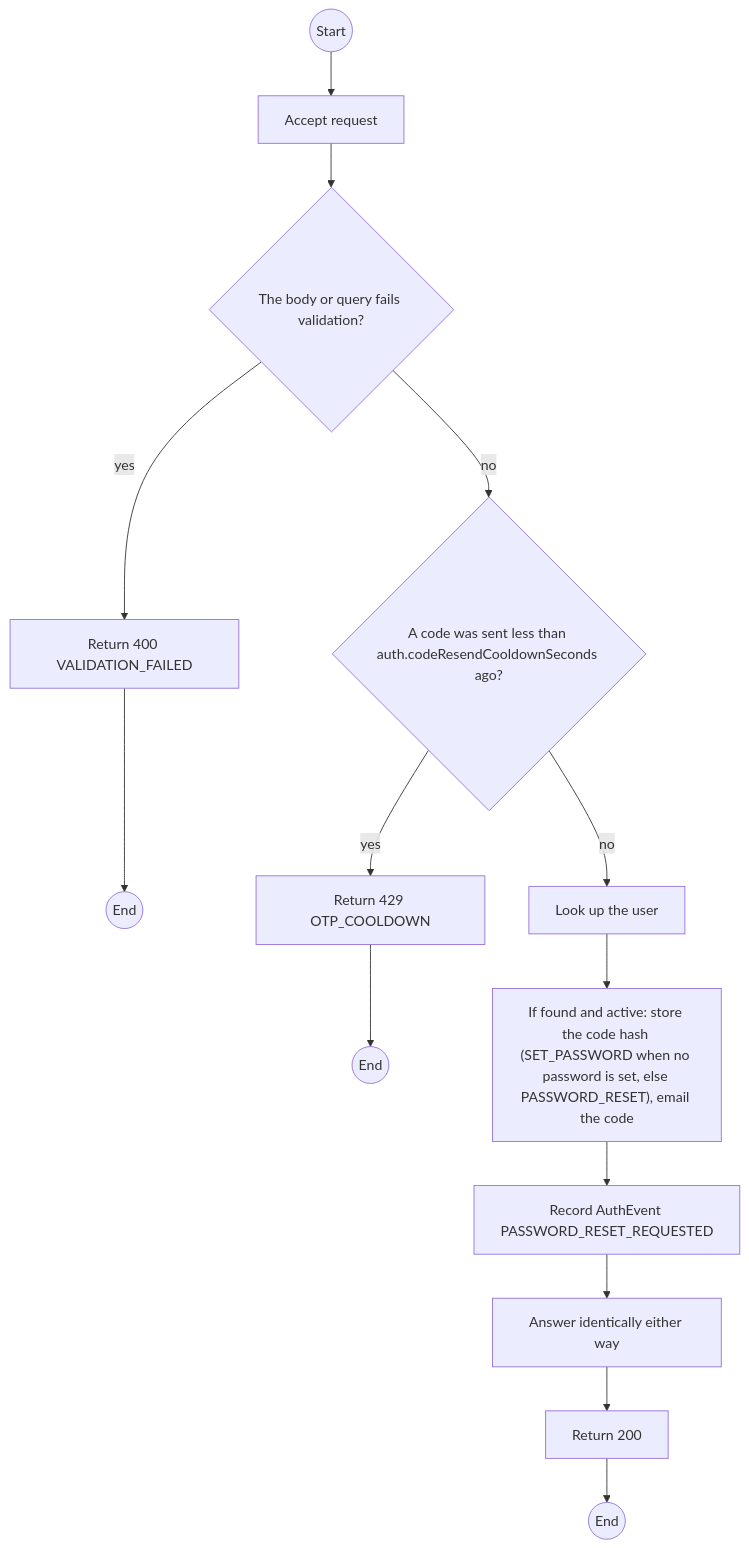
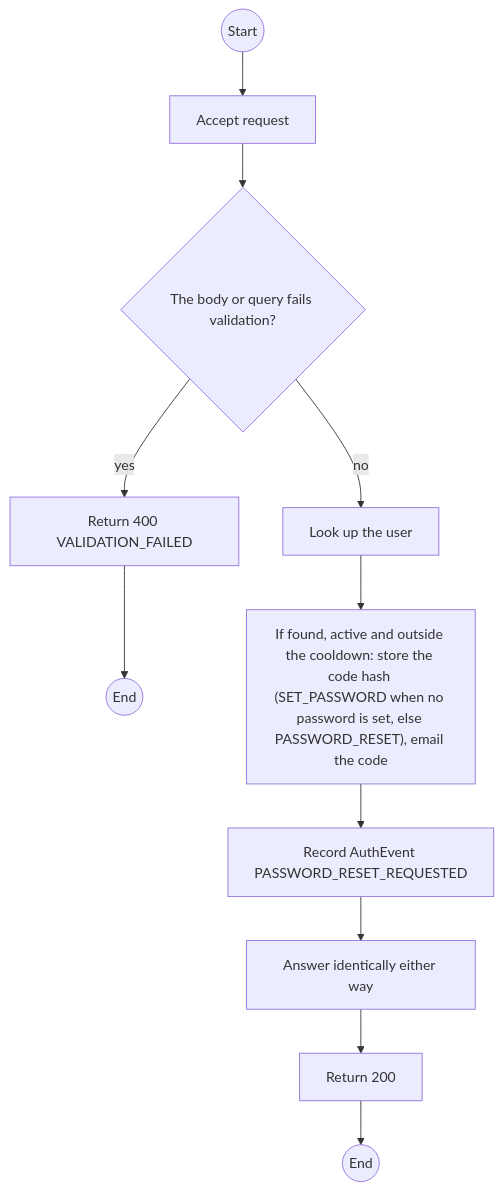
Before and after one commit to TrekLink-Team/treklink-web: the first of 2 diagrams in specs/auth/api-design/05-post-auth-password-forgot.md, drawn with Mermaid. The commit also changed other lines of this file and 5 other files, not shown here.

````diff
--- a/specs/auth/api-design/05-post-auth-password-forgot.md
+++ b/specs/auth/api-design/05-post-auth-password-forgot.md
@@ -89,27 +72,22 @@
 ```mermaid
 flowchart TB
     S((Start))
     A0["Accept request"]
     S --> A0
     D1{"The body or query fails validation?"}
     A0 --> D1
     E1["Return 400 VALIDATION_FAILED"]
     D1 -->|yes| E1
     E1 --> X1((End))
-    D2{"A code was sent less than auth.codeResendCooldownSeconds ago?"}
-    D1 -->|no| D2
-    E2["Return 429 OTP_COOLDOWN"]
-    D2 -->|yes| E2
-    E2 --> X2((End))
     P0["Look up the user"]
-    D2 -->|no| P0
-    P1["If found and active: store the code hash (SET_PASSWORD when no password is set, else PASSWORD_RESET), email the code"]
+    D1 -->|no| P0
+    P1["If found, active and outside the cooldown: store the code hash (SET_PASSWORD when no password is set, else PASSWORD_RESET), email the code"]
     P0 --> P1
     P2["Record AuthEvent PASSWORD_RESET_REQUESTED"]
     P1 --> P2
     P3["Answer identically either way"]
     P2 --> P3
     OK["Return 200"]
     P3 --> OK
     OK --> Z((End))
 ```
````
